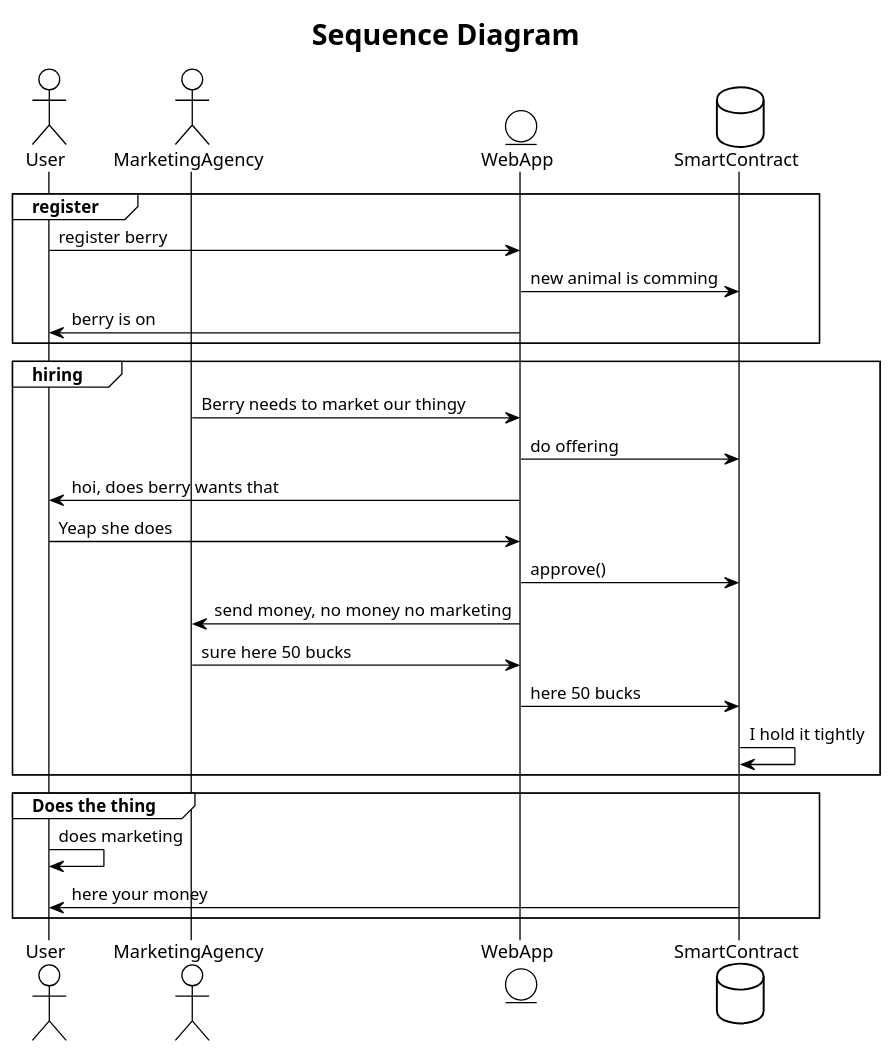
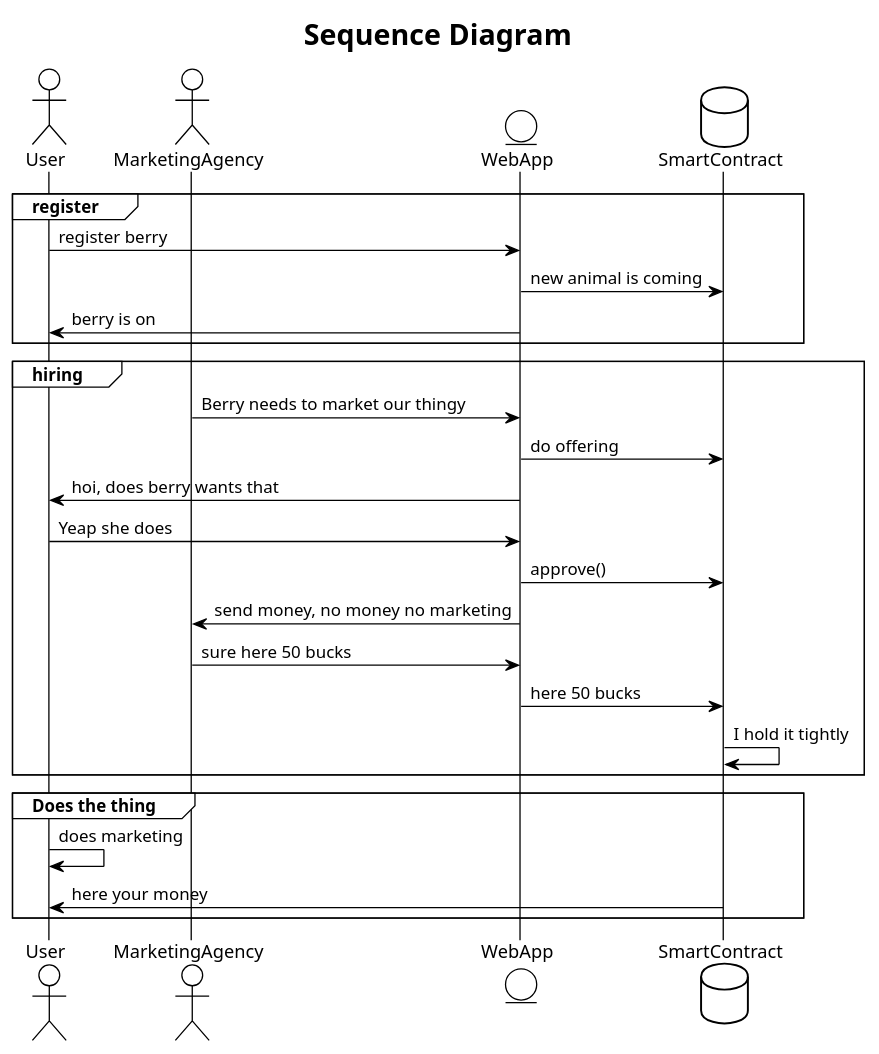
Before and after one commit to FrankBevr/100-Ideas: the third of 3 diagrams in practice/09/09-Ideas.md, drawn with PlantUML. The commit also changed other lines of this file and 1 other file, not shown here.

````diff
--- a/practice/09/09-Ideas.md
+++ b/practice/09/09-Ideas.md
@@ -99,32 +113,32 @@
 ```plantuml
 !theme plain
 title Sequence Diagram
 
-actor User 
+actor User
 actor MarketingAgency
 entity WebApp
 database SmartContract
 
 group register
 User -> WebApp: register berry
-WebApp -> SmartContract: new animal is comming
-WebApp -> User: berry is on 
+WebApp -> SmartContract: new animal is coming
+WebApp -> User: berry is on
 end
 
 group hiring
 MarketingAgency -> WebApp: Berry needs to market our thingy
 WebApp -> SmartContract: do offering
 WebApp -> User: hoi, does berry wants that
 User -> WebApp: Yeap she does
 WebApp -> SmartContract: approve()
 WebApp -> MarketingAgency: send money, no money no marketing
 MarketingAgency -> WebApp: sure here 50 bucks
 WebApp -> SmartContract: here 50 bucks
 SmartContract -> SmartContract: I hold it tightly
 end
 
 group Does the thing
 User -> User: does marketing
 SmartContract -> User: here your money
 end
-``` 
+```
````
